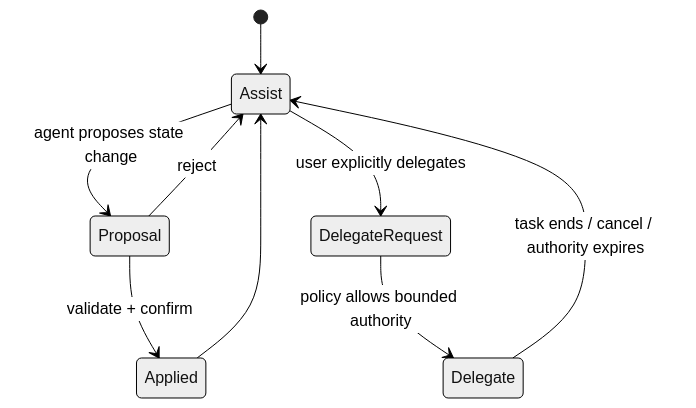
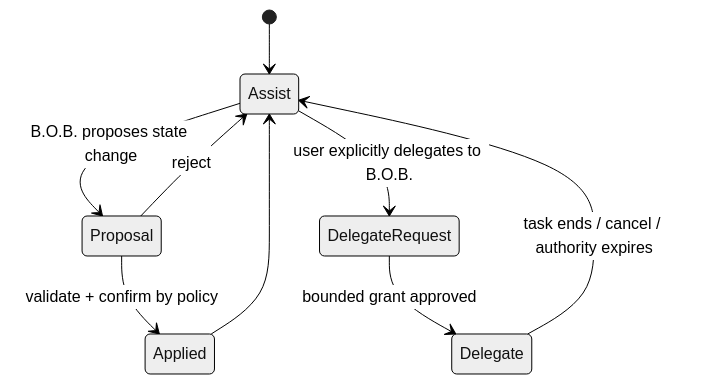
Before and after one commit to Knapp-Kevin/B.O.B.: the fourth of 4 diagrams in docs/ARCHITECTURE.md, drawn with Mermaid (neutral theme). The commit also changed other lines of this file, not shown here.

Commit message:
Define single-agent multi-runtime target architecture

````diff
--- a/docs/ARCHITECTURE.md
+++ b/docs/ARCHITECTURE.md
@@ -220,11 +280,11 @@
 ```mermaid
 stateDiagram-v2
     [*] --> Assist
-    Assist --> Proposal: agent proposes state change
+    Assist --> Proposal: B.O.B. proposes state change
     Proposal --> Assist: reject
-    Proposal --> Applied: validate + confirm
-    Assist --> DelegateRequest: user explicitly delegates
-    DelegateRequest --> Delegate: policy allows bounded authority
+    Proposal --> Applied: validate + confirm by policy
+    Assist --> DelegateRequest: user explicitly delegates to B.O.B.
+    DelegateRequest --> Delegate: bounded grant approved
     Delegate --> Assist: task ends / cancel / authority expires
     Applied --> Assist
 ```
````
